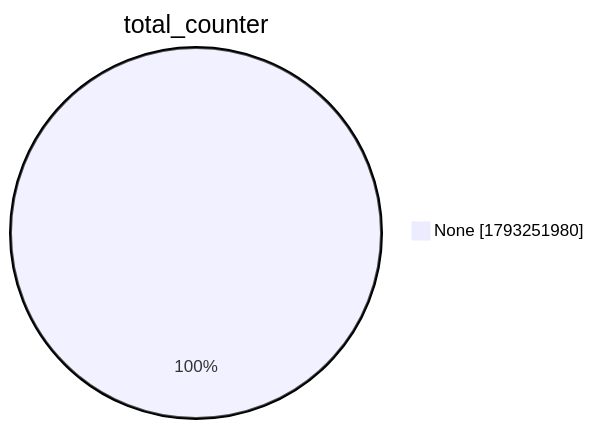
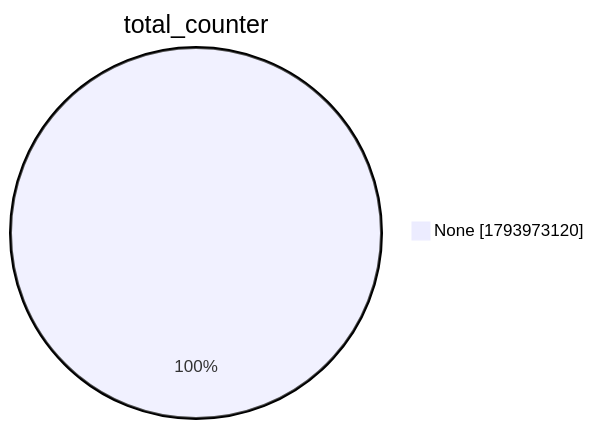
Before and after one commit to christiankrug/ctmonitor_visualization: the second of 15 diagrams in xenon2022/README.md, drawn with Mermaid. The commit also changed other lines of this file, not shown here.

````diff
--- a/xenon2022/README.md
+++ b/xenon2022/README.md
@@ -9,5 +9,5 @@
 ```mermaid
 pie showData
 title total_counter
-"None" :1793251980
+"None" :1793973120
 ```
````
